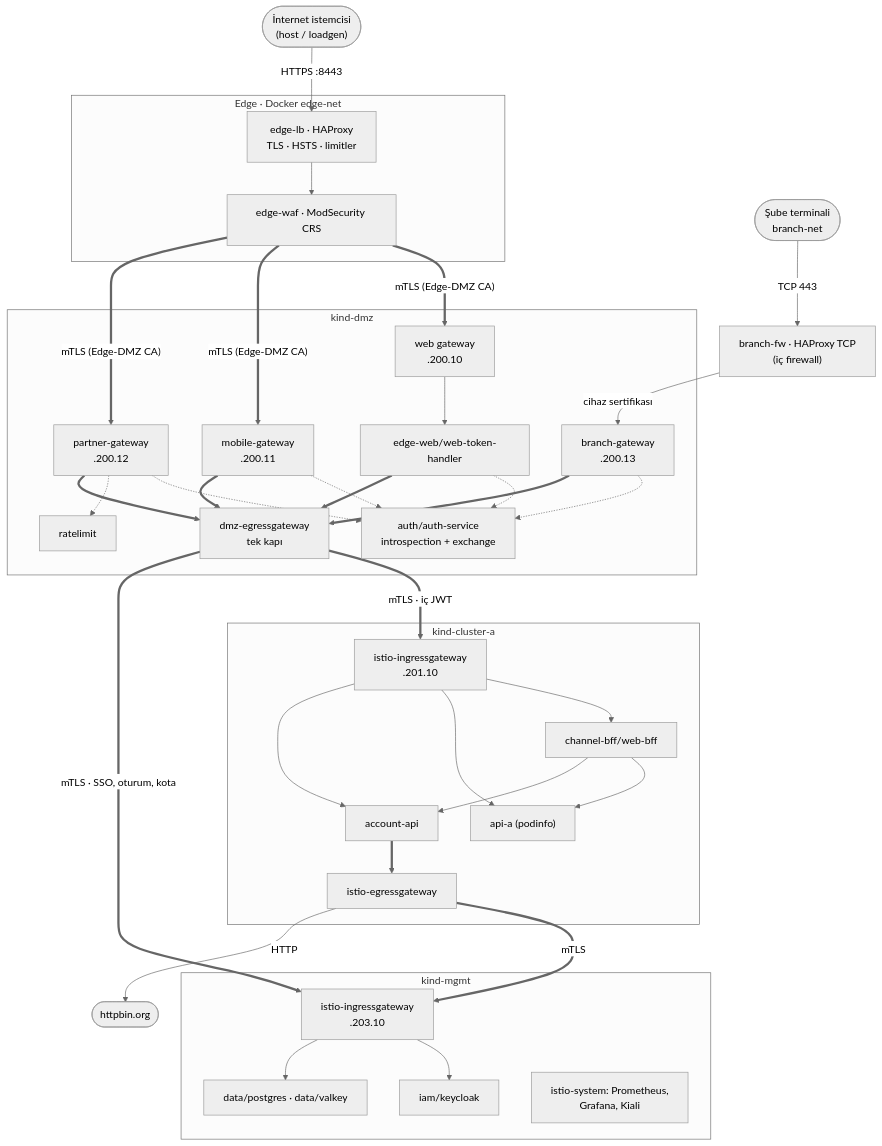
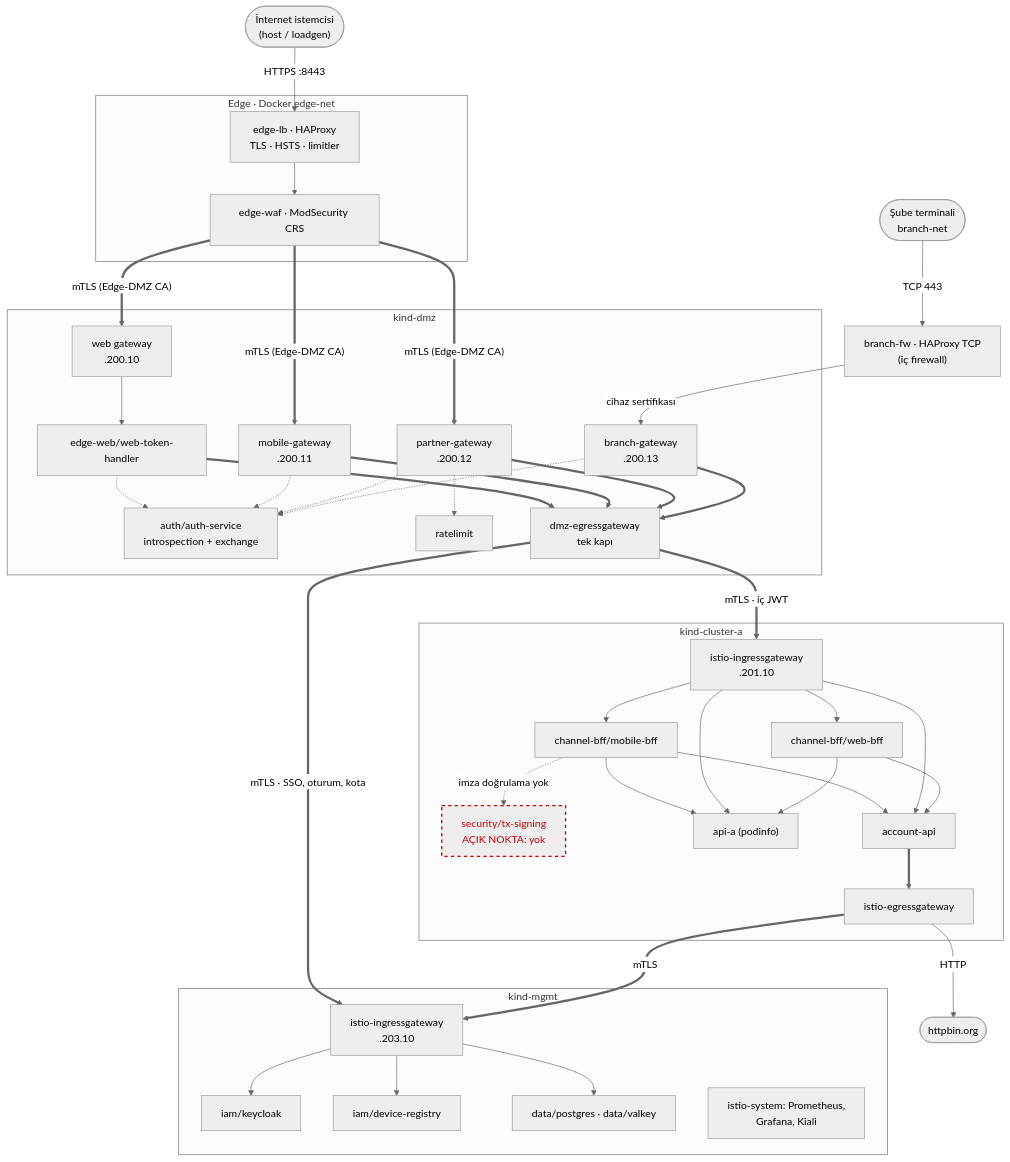
Before and after one commit to olgunyldz/service-mesh-lab: the first of 5 diagrams in docs/pilot-architecture.md, drawn with Mermaid (neutral theme). The commit also changed other lines of this file and 2 other files, not shown here.

First line of the commit message:
docs: skip 09d tx-signing, mark transaction signing as an open point

````diff
--- a/docs/pilot-architecture.md
+++ b/docs/pilot-architecture.md
@@ -68,59 +68,68 @@
 ```mermaid
 flowchart TB
     user(["İnternet istemcisi<br/>(host / loadgen)"])
     term(["Şube terminali<br/>branch-net"])
     subgraph EDGE["Edge · Docker edge-net"]
         lb["edge-lb · HAProxy<br/>TLS · HSTS · limitler"]
         waf["edge-waf · ModSecurity CRS"]
         lb --> waf
     end
     bfw["branch-fw · HAProxy TCP<br/>(iç firewall)"]
     subgraph DMZ["kind-dmz"]
         wgw["web gateway<br/>.200.10"]
         mgw["mobile-gateway<br/>.200.11"]
         pgw["partner-gateway<br/>.200.12"]
         bgw["branch-gateway<br/>.200.13"]
         wth["edge-web/web-token-handler"]
         as["auth/auth-service<br/>introspection + exchange"]
         rl["ratelimit"]
         deg["dmz-egressgateway<br/>tek kapı"]
         wgw --> wth
         wth -.-> as
         mgw -.-> as
         pgw -.-> as
         bgw -.-> as
         pgw -.-> rl
         wth ==> deg
         mgw ==> deg
         pgw ==> deg
         bgw ==> deg
     end
     subgraph A["kind-cluster-a"]
         ig["istio-ingressgateway<br/>.201.10"]
         bff["channel-bff/web-bff"]
+        mbff["channel-bff/mobile-bff"]
+        txs["security/tx-signing<br/>AÇIK NOKTA: yok"]:::open
         api["api-a (podinfo)"]
         acc["account-api"]
         aeg["istio-egressgateway"]
         ig --> bff
+        ig --> mbff
+        mbff --> api
+        mbff --> acc
+        mbff -.->|"imza doğrulama yok"| txs
         ig --> api
         ig --> acc
         bff --> api
         bff --> acc
     end
     subgraph M["kind-mgmt"]
         mig["istio-ingressgateway<br/>.203.10"]
         kc["iam/keycloak"]
+        dr["iam/device-registry"]
         db["data/postgres · data/valkey"]
         obs["istio-system: Prometheus,<br/>Grafana, Kiali"]
         mig --> kc
+        mig --> dr
         mig --> db
     end
     user -->|"HTTPS :8443"| lb
     waf ==>|"mTLS (Edge-DMZ CA)"| wgw & mgw & pgw
     term -->|"TCP 443"| bfw -->|"cihaz sertifikası"| bgw
     deg ==>|"mTLS · iç JWT"| ig
     deg ==>|"mTLS · SSO, oturum, kota"| mig
     acc ==> aeg
     aeg ==>|"mTLS"| mig
     aeg -->|"HTTP"| net(["httpbin.org"])
+    classDef open stroke:#c00,stroke-width:2px,stroke-dasharray:5 5,color:#c00
 ```
````
